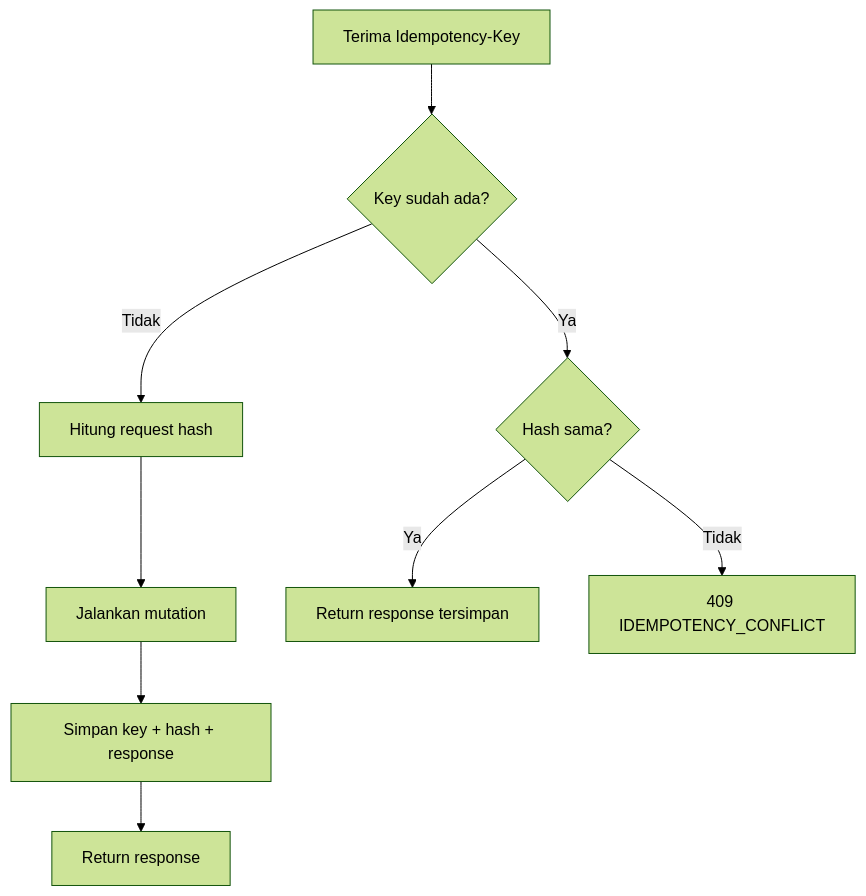
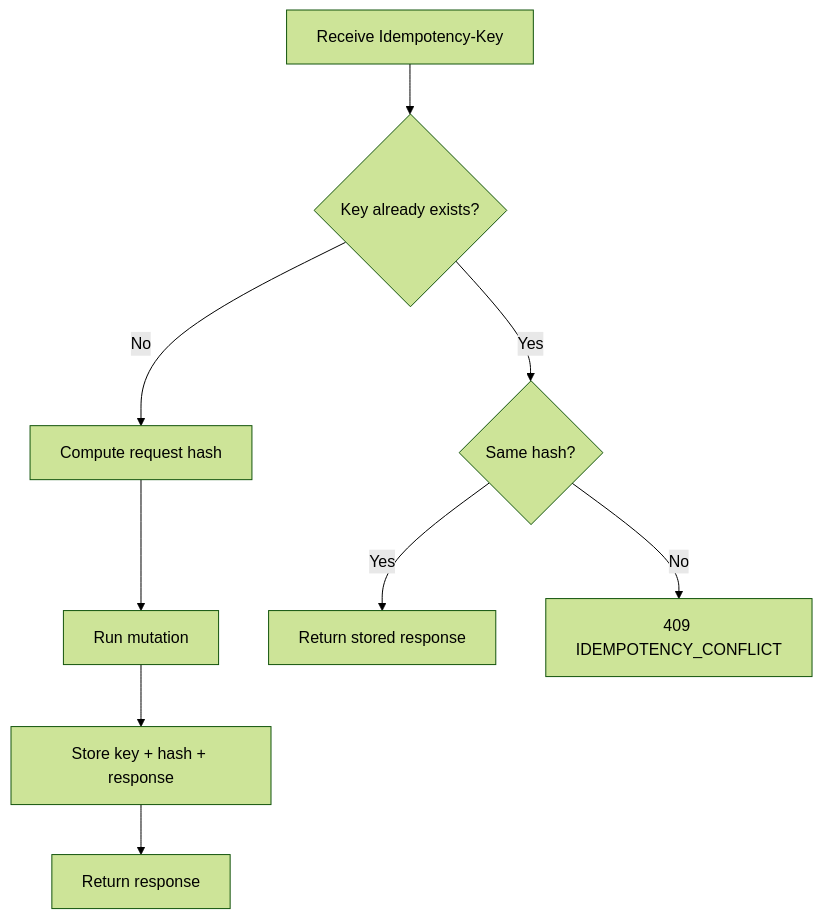
Before and after one commit to ahliweb/awcms: the second of 2 diagrams in docs/awcms/10_template_kode_coding_standard.md, drawn with Mermaid (forest theme). The commit also changed other lines of this file and 603 other files, not shown here.

````diff
--- a/docs/awcms/10_template_kode_coding_standard.md
+++ b/docs/awcms/10_template_kode_coding_standard.md
@@ -475,8 +477,8 @@
 ```mermaid
 flowchart TD
-  A[Terima Idempotency-Key] --> B{Key sudah ada?}
-  B -- Tidak --> C[Hitung request hash] --> D[Jalankan mutation] --> E[Simpan key + hash + response] --> F[Return response]
-  B -- Ya --> G{Hash sama?}
-  G -- Ya --> H[Return response tersimpan]
-  G -- Tidak --> I[409 IDEMPOTENCY_CONFLICT]
+  A[Receive Idempotency-Key] --> B{Key already exists?}
+  B -- No --> C[Compute request hash] --> D[Run mutation] --> E[Store key + hash + response] --> F[Return response]
+  B -- Yes --> G{Same hash?}
+  G -- Yes --> H[Return stored response]
+  G -- No --> I[409 IDEMPOTENCY_CONFLICT]
 ```
````
